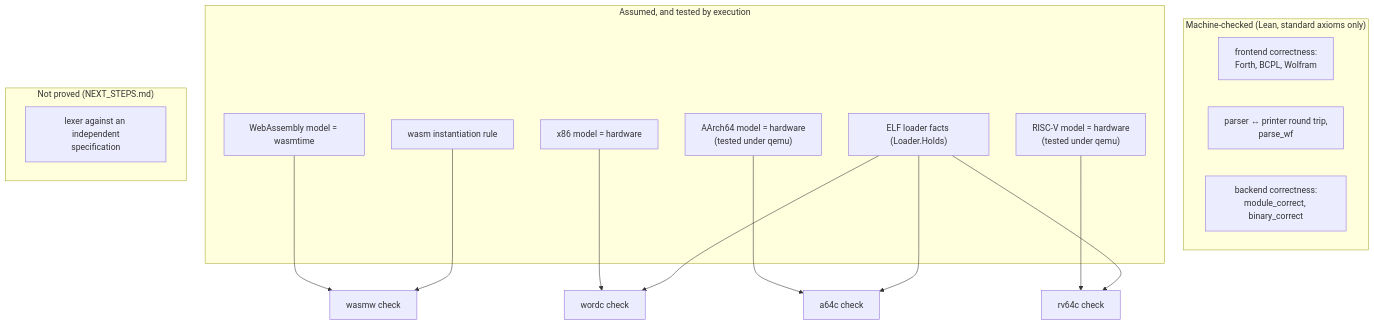
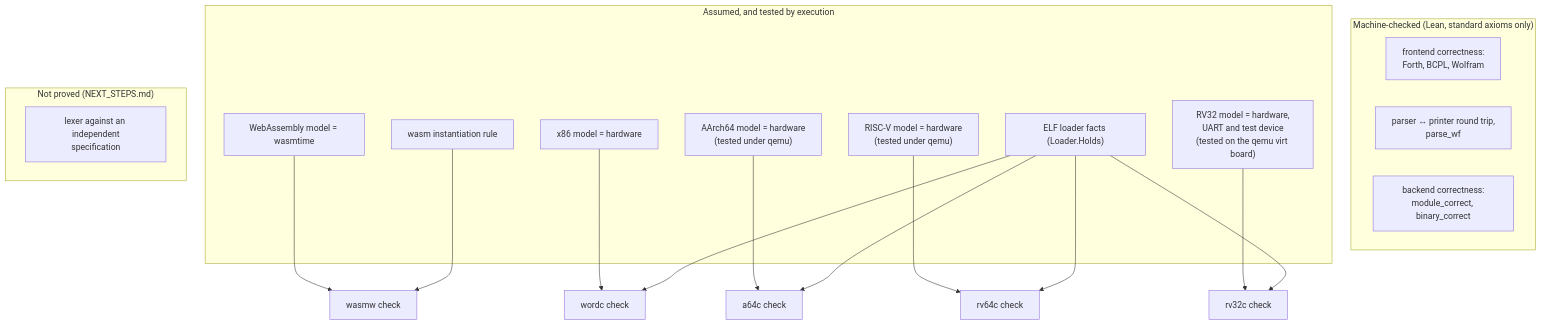
Before and after one commit to SNAPKITTYAGENT9NOVA/ai-free: diagram 16 of 17 in README.md, drawn with Mermaid. The commit also changed other lines of this file and 27 other files, not shown here.

````diff
--- a/README.md
+++ b/README.md
@@ -1656,27 +1789,30 @@
 ```mermaid
 flowchart TD
   subgraph Proved["Machine-checked (Lean, standard axioms only)"]
     FE["frontend correctness:<br/>Forth, BCPL, Wolfram"]
     PA["parser ↔ printer round trip,<br/>parse_wf"]
     BE["backend correctness:<br/>module_correct, binary_correct"]
   end
   subgraph Assumed["Assumed, and tested by execution"]
     WM["WebAssembly model = wasmtime"]
     XM["x86 model = hardware"]
     AM["AArch64 model = hardware<br/>(tested under qemu)"]
     RM["RISC-V model = hardware<br/>(tested under qemu)"]
+    MM["RV32 model = hardware,<br/>UART and test device<br/>(tested on the qemu virt board)"]
     INST["wasm instantiation rule"]
     LDR["ELF loader facts (Loader.Holds)"]
   end
   subgraph Unproved["Not proved (NEXT_STEPS.md)"]
     LEX["lexer against an independent<br/>specification"]
   end
   WM --> T1["wasmw check"]
   INST --> T1
   XM --> T2["wordc check"]
   LDR --> T2
   AM --> T3["a64c check"]
   LDR --> T3
   RM --> T4["rv64c check"]
   LDR --> T4
+  MM --> T5["rv32c check"]
+  LDR --> T5
 ```
````
